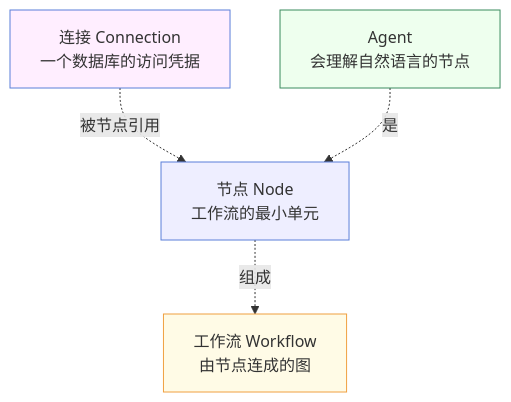
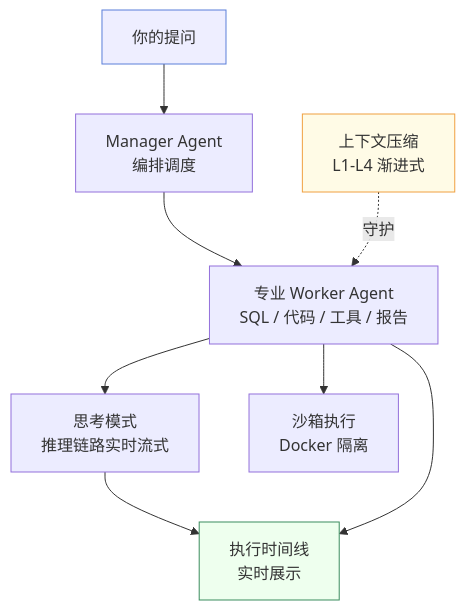
Before and after one commit to shixia9/MustBeTheSQL: the first of 5 diagrams in sql-logic-docs/docs/constructure/concepts.md, drawn with Mermaid. The commit also changed other lines of this file and 11 other files, not shown here.

````diff
--- a/sql-logic-docs/docs/constructure/concepts.md
+++ b/sql-logic-docs/docs/constructure/concepts.md
@@ -13,16 +13,13 @@
 ```mermaid
 flowchart TB
-  Conn["连接 Connection<br/>一个数据库的访问凭据"]
-  Node["节点 Node<br/>工作流的最小单元"]
-  WF["工作流 Workflow<br/>由节点连成的图"]
-  Agent["Agent<br/>会理解自然语言的节点"]
-
-  Conn -.被节点引用.-> Node
-  Node -.组成.-> WF
-  Agent -.是.-> Node
-
-  style Conn fill:#fef,stroke:#5b7fd9
-  style Node fill:#eef,stroke:#5b7fd9
-  style Agent fill:#efe,stroke:#3b8c5e
-  style WF fill:#fffbe6,stroke:#f0a040
+  User["你的提问"] --> Manager["Manager Agent<br/>编排调度"]
+  Manager --> Workers["专业 Worker Agent<br/>SQL / 代码 / 工具 / 报告"]
+  Workers --> Thinking["思考模式<br/>推理链路实时流式"]
+  Workers --> Sandbox["沙箱执行<br/>Docker 隔离"]
+  Context["上下文压缩<br/>L1-L4 渐进式"] -.守护.-> Workers
+  Thinking --> Timeline["执行时间线<br/>实时展示"]
+  Workers --> Timeline
+  style User fill:#eef,stroke:#5b7fd9
+  style Timeline fill:#efe,stroke:#3b8c5e
+  style Context fill:#fffbe6,stroke:#f0a040
 ```
````
